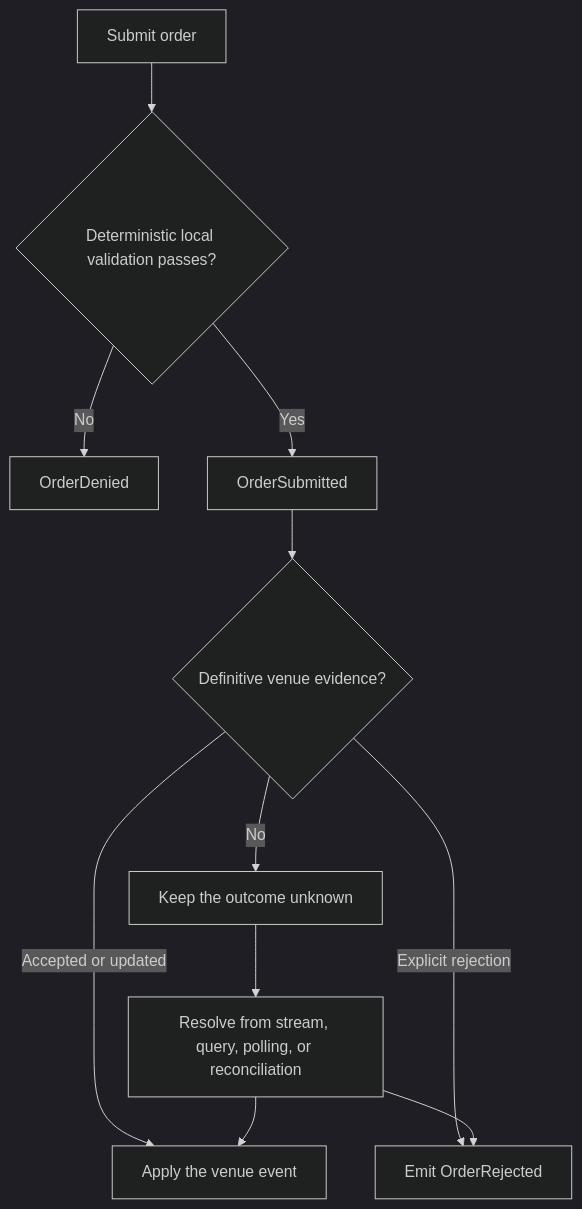
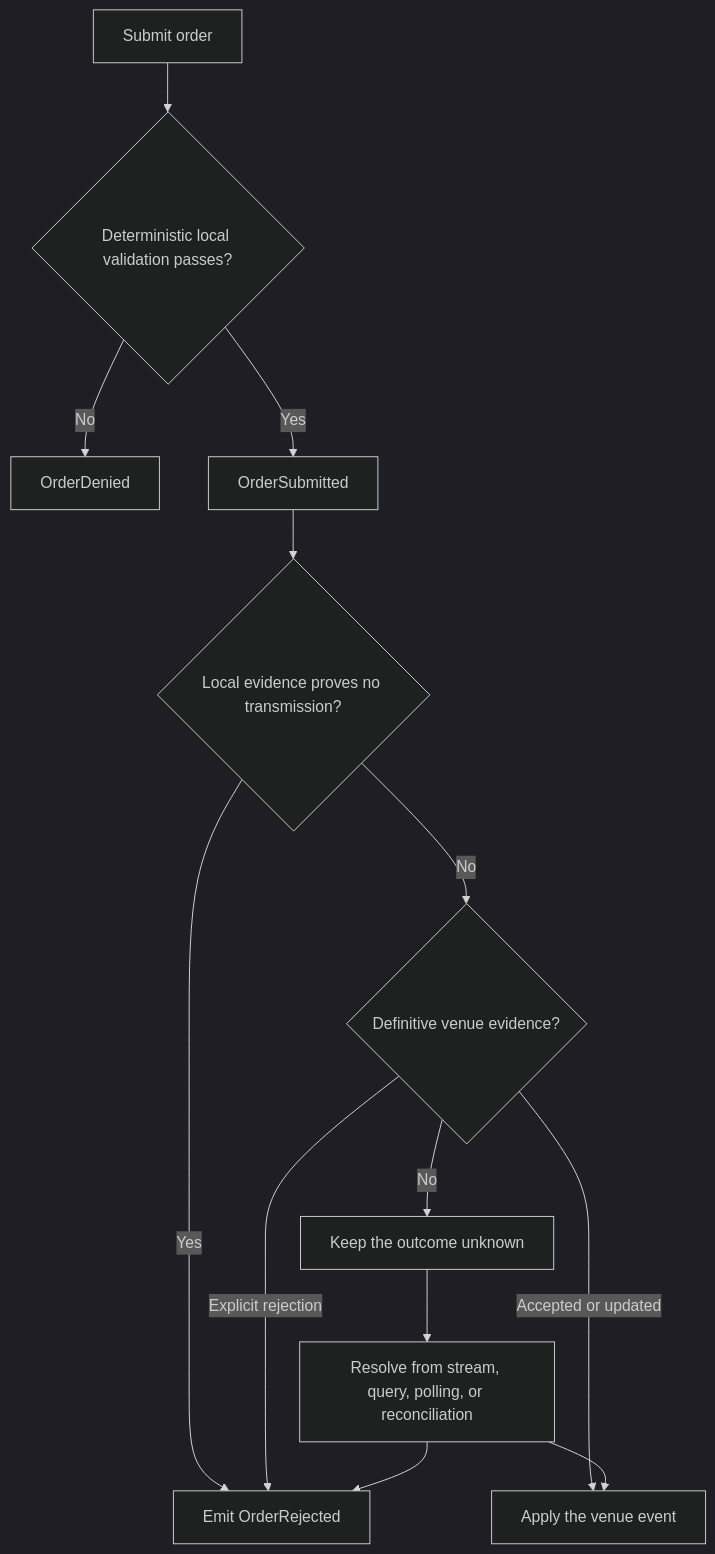
Before and after one commit to brianmok888/nautilus-trader-dev-skill: the first of 2 diagrams in references/developer_guide/adapters.md, drawn with Mermaid (dark theme). The commit also changed other lines of this file and 91 other files, not shown here.

````diff
--- a/references/developer_guide/adapters.md
+++ b/references/developer_guide/adapters.md
@@ -516,13 +945,15 @@
 ```mermaid
 flowchart TD
     command[Submit order] --> valid{Deterministic local validation passes?}
     valid -->|No| denied[OrderDenied]
     valid -->|Yes| submitted[OrderSubmitted]
-    submitted --> evidence{Definitive venue evidence?}
+    submitted --> unsent{Local evidence proves no transmission?}
+    unsent -->|Yes| rejected[Emit OrderRejected]
+    unsent -->|No| evidence{Definitive venue evidence?}
     evidence -->|Accepted or updated| event[Apply the venue event]
-    evidence -->|Explicit rejection| rejected[Emit OrderRejected]
+    evidence -->|Explicit rejection| rejected
     evidence -->|No| unknown[Keep the outcome unknown]
     unknown --> recovery[Resolve from stream, query, polling, or reconciliation]
     recovery --> event
     recovery --> rejected
 ```
````
